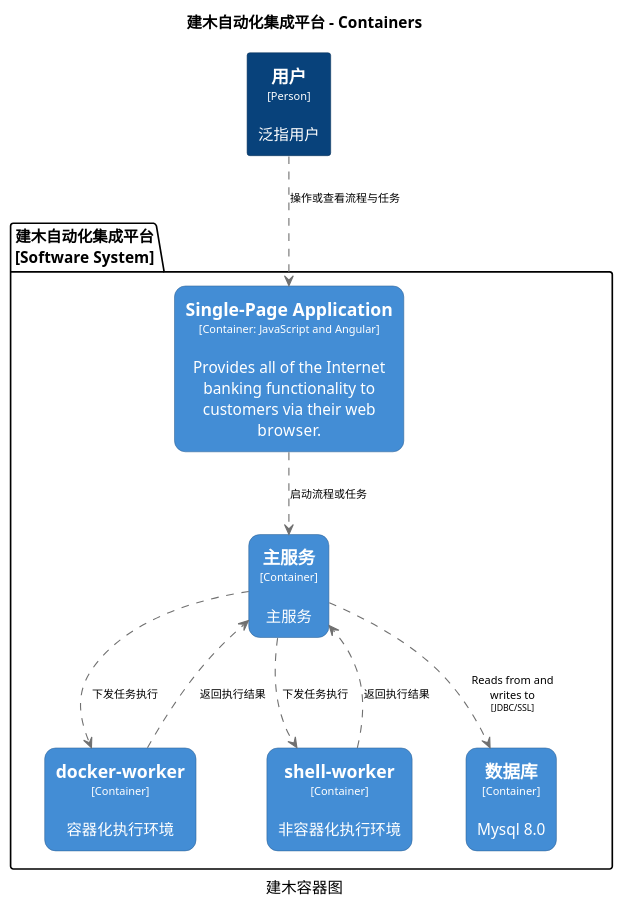
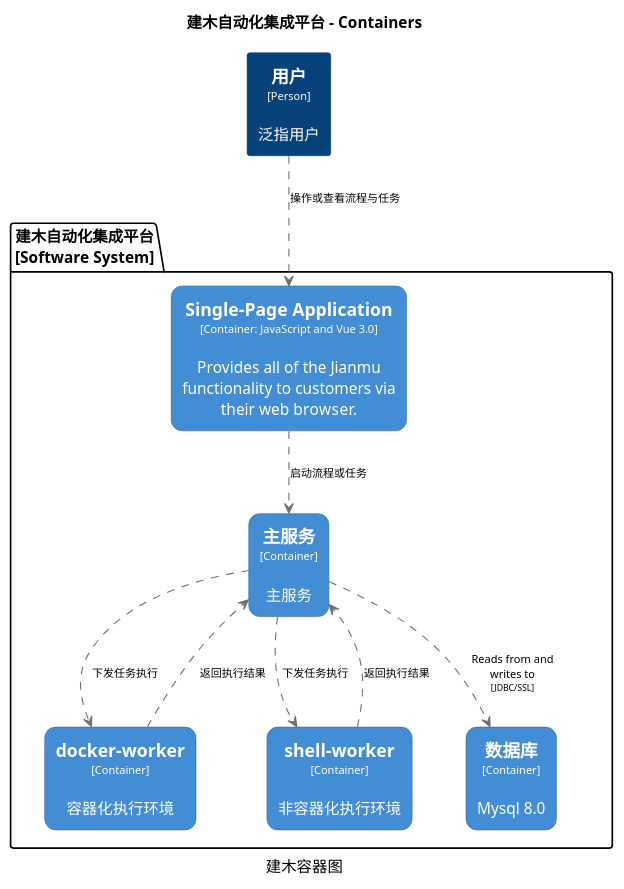
The diagram in c4/structurizr-jianmu-container.puml (jianmu-dev/jianmu-architecture-as-code), drawn with PlantUML before and after one commit. The commit also changed 6 other files, not shown here.

```diff
--- a/c4/structurizr-jianmu-container.puml
+++ b/c4/structurizr-jianmu-container.puml
@@ -1,64 +1,64 @@
 @startuml(id=jianmu-container)
 title 建木自动化集成平台 - Containers
 caption 建木容器图
 
 skinparam {
   shadowing false
   arrowFontSize 10
   defaultTextAlignment center
   wrapWidth 200
   maxMessageSize 100
 }
 hide stereotype
 top to bottom direction
 skinparam rectangle<<1>> {
   BackgroundColor #08427b
   FontColor #ffffff
   BorderColor #052E56
 }
-skinparam rectangle<<3>> {
+skinparam rectangle<<14>> {
   BackgroundColor #438dd5
   FontColor #ffffff
   BorderColor #2E6295
   roundCorner 20
 }
-skinparam rectangle<<14>> {
+skinparam rectangle<<3>> {
   BackgroundColor #438dd5
   FontColor #ffffff
   BorderColor #2E6295
   roundCorner 20
 }
 skinparam rectangle<<4>> {
   BackgroundColor #438dd5
   FontColor #ffffff
   BorderColor #2E6295
   roundCorner 20
 }
 skinparam rectangle<<9>> {
   BackgroundColor #438dd5
   FontColor #ffffff
   BorderColor #2E6295
   roundCorner 20
 }
 skinparam rectangle<<10>> {
   BackgroundColor #438dd5
   FontColor #ffffff
   BorderColor #2E6295
   roundCorner 20
 }
 rectangle "==用户\n<size:10>[Person]</size>\n\n泛指用户" <<1>> as 1
 package "建木自动化集成平台\n[Software System]" {
-  rectangle "==Single-Page Application\n<size:10>[Container: JavaScript and Angular]</size>\n\nProvides all of the Internet banking functionality to customers via their web browser." <<3>> as 3
+  rectangle "==Single-Page Application\n<size:10>[Container: JavaScript and Vue 3.0]</size>\n\nProvides all of the Jianmu functionality to customers via their web browser." <<3>> as 3
   rectangle "==docker-worker\n<size:10>[Container]</size>\n\n容器化执行环境" <<10>> as 10
   rectangle "==shell-worker\n<size:10>[Container]</size>\n\n非容器化执行环境" <<14>> as 14
   rectangle "==主服务\n<size:10>[Container]</size>\n\n主服务" <<4>> as 4
   rectangle "==数据库\n<size:10>[Container]</size>\n\nMysql 8.0" <<9>> as 9
 }
 3 .[#707070].> 4 : "启动流程或任务"
 10 .[#707070].> 4 : "返回执行结果"
 14 .[#707070].> 4 : "返回执行结果"
 4 .[#707070].> 10 : "下发任务执行"
 4 .[#707070].> 14 : "下发任务执行"
 4 .[#707070].> 9 : "Reads from and writes to\n<size:8>[JDBC/SSL]</size>"
 1 .[#707070].> 3 : "操作或查看流程与任务"
 @enduml
```
